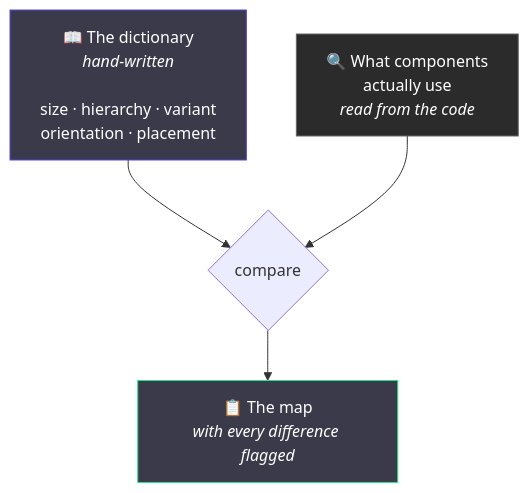
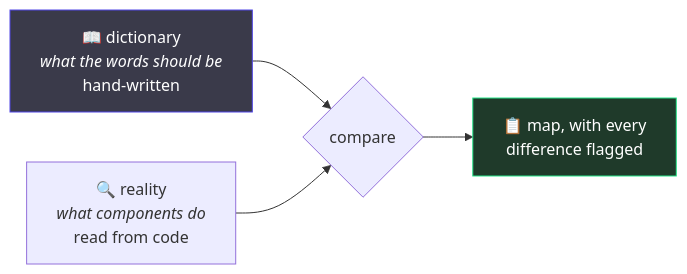
Before and after one commit to cris-achiardi/weave-ds-template: the second of 2 diagrams in docs/documentation/05-the-shared-vocabulary.md, drawn with Mermaid. The commit also changed other lines of this file and 6 other files, not shown here.

````diff
--- a/docs/documentation/05-the-shared-vocabulary.md
+++ b/docs/documentation/05-the-shared-vocabulary.md
@@ -26,11 +48,8 @@
 ```mermaid
-flowchart TD
-  CANON["📖 The dictionary<br/><i>hand-written</i><br/><br/>size · hierarchy · variant<br/>orientation · placement"]
-  REAL["🔍 What components<br/>actually use<br/><i>read from the code</i>"]
-  CANON --> CMP{compare}
-  REAL --> CMP
-  CMP --> MAP["📋 The map<br/><i>with every difference flagged</i>"]
+flowchart LR
+  CANON["📖 dictionary<br/><i>what the words should be</i><br/>hand-written"] --> CMP{compare}
+  REAL["🔍 reality<br/><i>what components do</i><br/>read from code"] --> CMP
+  CMP --> MAP["📋 map, with every<br/>difference flagged"]
   style CANON fill:#3a3a4a,stroke:#5146e6,color:#fff
-  style REAL fill:#2b2b2b,stroke:#666,color:#fff
-  style MAP fill:#3a3a4a,stroke:#26e589,color:#fff
+  style MAP fill:#1f3a2a,stroke:#26e589,color:#fff
 ```
````
